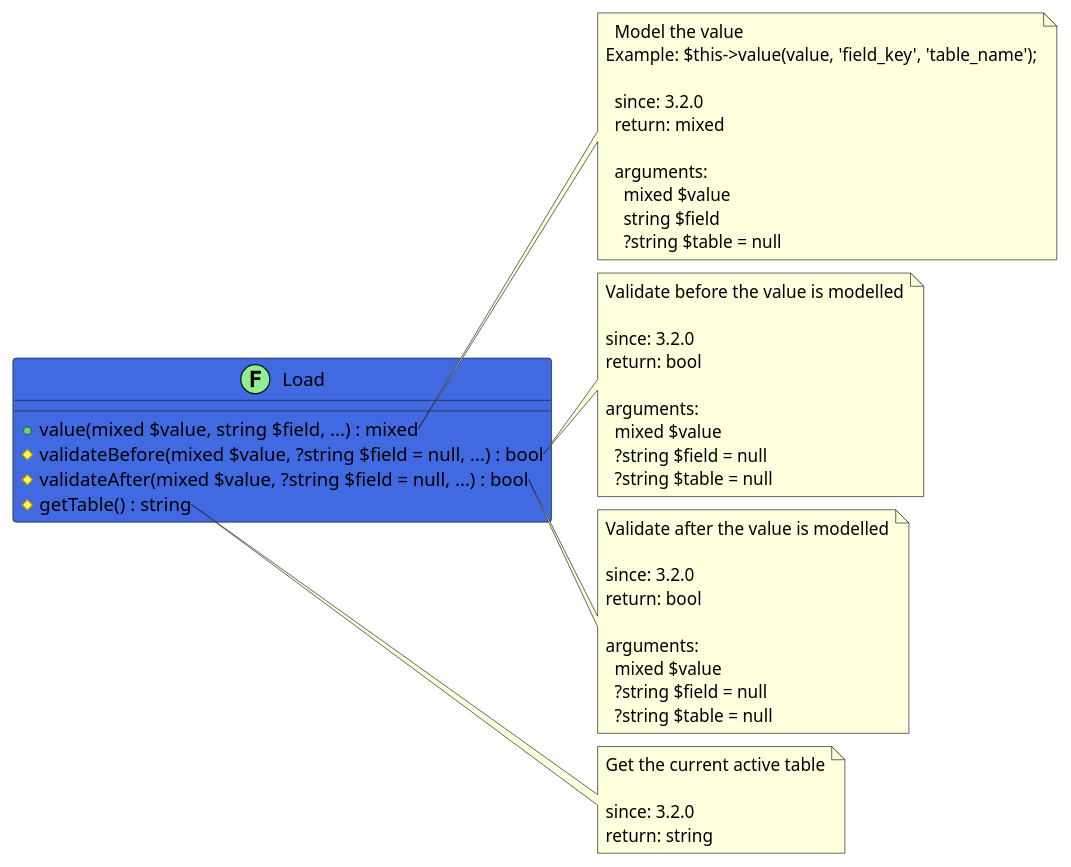
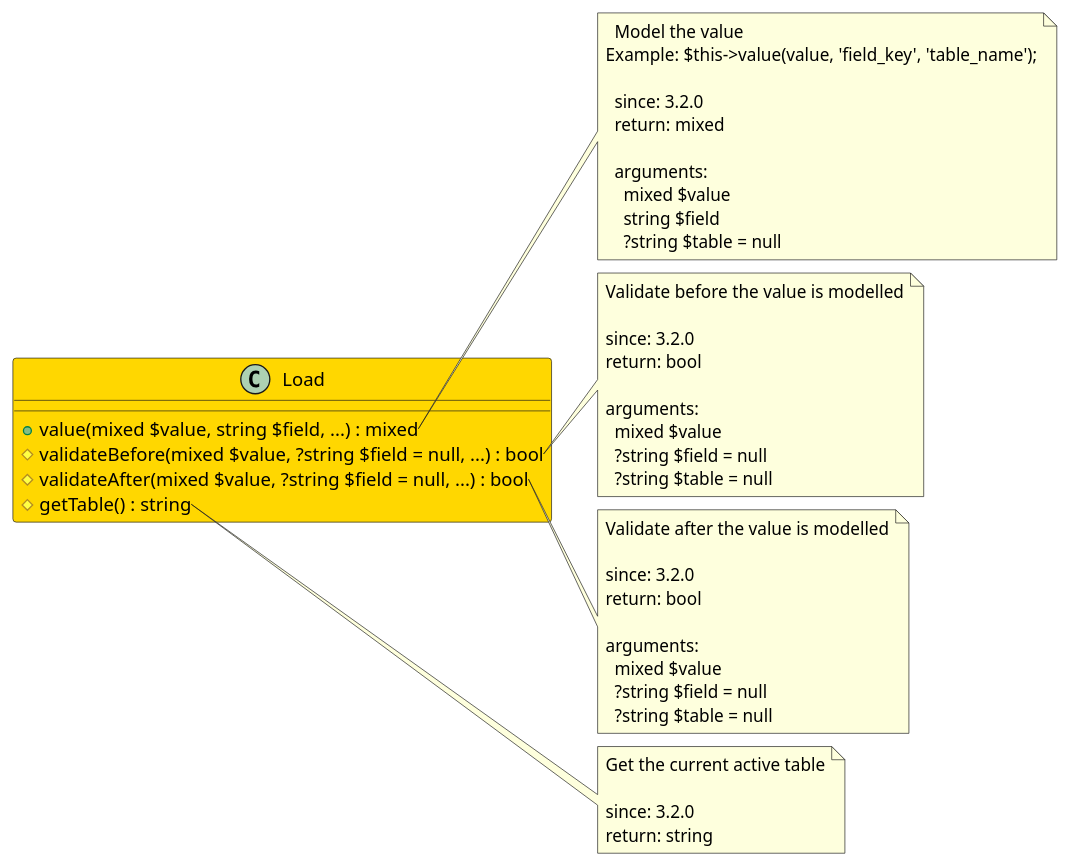
Before and after one commit to joomengine/jcb-compiler: the diagram in src/bb29a833-73f7-4283-9327-bc7e41f0723b/README.md, drawn with PlantUML. The commit also changed other lines of this file and 117 other files, not shown here.

````diff
--- a/src/bb29a833-73f7-4283-9327-bc7e41f0723b/README.md
+++ b/src/bb29a833-73f7-4283-9327-bc7e41f0723b/README.md
@@ -12,55 +12,55 @@
 ```uml
 @startuml
-class Load << (F,LightGreen) >> #RoyalBlue {
+class Load  #Gold {
   + value(mixed $value, string $field, ...) : mixed
   # validateBefore(mixed $value, ?string $field = null, ...) : bool
   # validateAfter(mixed $value, ?string $field = null, ...) : bool
   # getTable() : string
 }
 
 note right of Load::value
   Model the value
 Example: $this->value(value, 'field_key', 'table_name');
 
   since: 3.2.0
   return: mixed
   
   arguments:
     mixed $value
     string $field
     ?string $table = null
 end note
 
 note right of Load::validateBefore
   Validate before the value is modelled
 
   since: 3.2.0
   return: bool
   
   arguments:
     mixed $value
     ?string $field = null
     ?string $table = null
 end note
 
 note right of Load::validateAfter
   Validate after the value is modelled
 
   since: 3.2.0
   return: bool
   
   arguments:
     mixed $value
     ?string $field = null
     ?string $table = null
 end note
 
 note right of Load::getTable
   Get the current active table
 
   since: 3.2.0
   return: string
 end note
  
 @enduml
 ```
````
